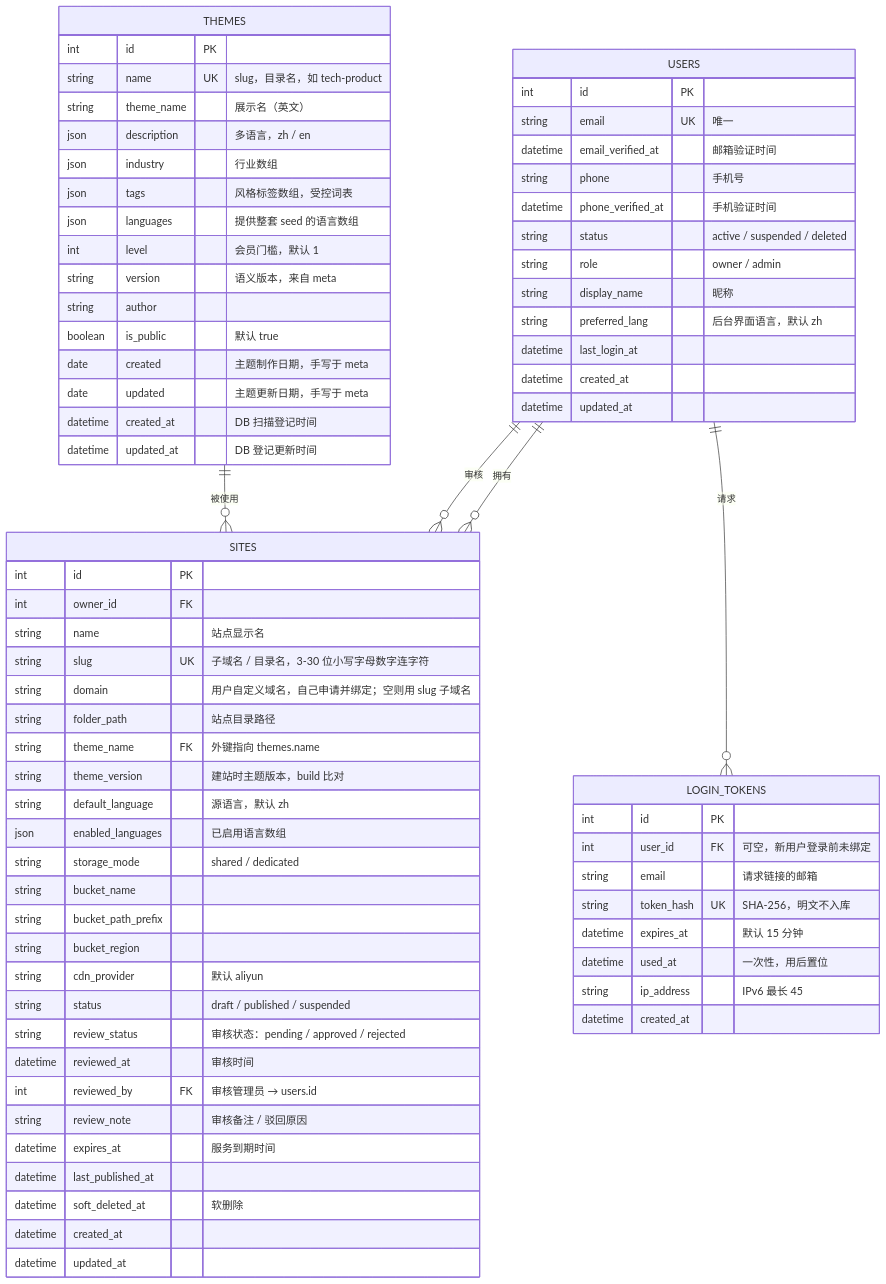
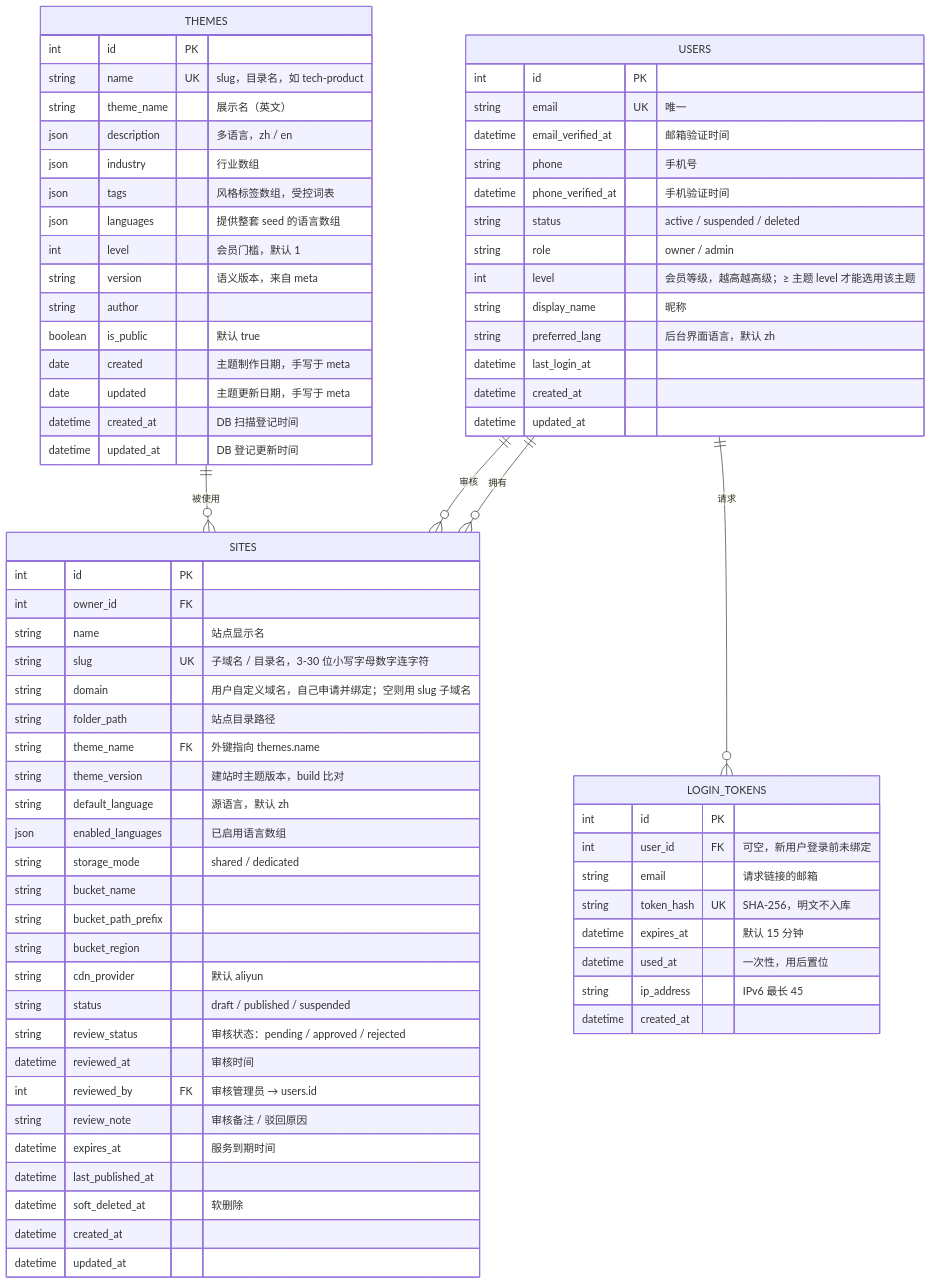
The diagram in docs/database.md (jjq-git/mycompany.website), drawn with Mermaid before and after one commit. The commit also changed other lines of this file and 1 other file, not shown here.

Commit message:
docs: User 加 level（会员等级 / 用户权限）
补上之前缺的用户权限：level 与主题 level 比较决定可选主题（meta.yaml §四）；
语言数等配额由 level 决定、分级待定（i18n §〇）。计费/到期不在 User，
按站点走 Site.expires_at。TODO-code.md 同步。

````diff
--- a/docs/database.md
+++ b/docs/database.md
@@ -8,79 +8,80 @@
 ```mermaid
 erDiagram
     USERS ||--o{ SITES : "拥有"
     USERS ||--o{ SITES : "审核"
     USERS ||--o{ LOGIN_TOKENS : "请求"
     THEMES ||--o{ SITES : "被使用"
 
     USERS {
         int id PK
         string email UK "唯一"
         datetime email_verified_at "邮箱验证时间"
         string phone "手机号"
         datetime phone_verified_at "手机验证时间"
         string status "active / suspended / deleted"
         string role "owner / admin"
+        int level "会员等级，越高越高级；≥ 主题 level 才能选用该主题"
         string display_name "昵称"
         string preferred_lang "后台界面语言，默认 zh"
         datetime last_login_at
         datetime created_at
         datetime updated_at
     }
 
     LOGIN_TOKENS {
         int id PK
         int user_id FK "可空，新用户登录前未绑定"
         string email "请求链接的邮箱"
         string token_hash UK "SHA-256，明文不入库"
         datetime expires_at "默认 15 分钟"
         datetime used_at "一次性，用后置位"
         string ip_address "IPv6 最长 45"
         datetime created_at
     }
 
     SITES {
         int id PK
         int owner_id FK
         string name "站点显示名"
         string slug UK "子域名 / 目录名，3-30 位小写字母数字连字符"
         string domain "用户自定义域名，自己申请并绑定；空则用 slug 子域名"
         string folder_path "站点目录路径"
         string theme_name FK "外键指向 themes.name"
         string theme_version "建站时主题版本，build 比对"
         string default_language "源语言，默认 zh"
         json enabled_languages "已启用语言数组"
         string storage_mode "shared / dedicated"
         string bucket_name
         string bucket_path_prefix
         string bucket_region
         string cdn_provider "默认 aliyun"
         string status "draft / published / suspended"
         string review_status "审核状态：pending / approved / rejected"
         datetime reviewed_at "审核时间"
         int reviewed_by FK "审核管理员 → users.id"
         string review_note "审核备注 / 驳回原因"
         datetime expires_at "服务到期时间"
         datetime last_published_at
         datetime soft_deleted_at "软删除"
         datetime created_at
         datetime updated_at
     }
 
     THEMES {
         int id PK
         string name UK "slug，目录名，如 tech-product"
         string theme_name "展示名（英文）"
         json description "多语言，zh / en"
         json industry "行业数组"
         json tags "风格标签数组，受控词表"
         json languages "提供整套 seed 的语言数组"
         int level "会员门槛，默认 1"
         string version "语义版本，来自 meta"
         string author
         boolean is_public "默认 true"
         date created "主题制作日期，手写于 meta"
         date updated "主题更新日期，手写于 meta"
         datetime created_at "DB 扫描登记时间"
         datetime updated_at "DB 登记更新时间"
     }
 ```
````
